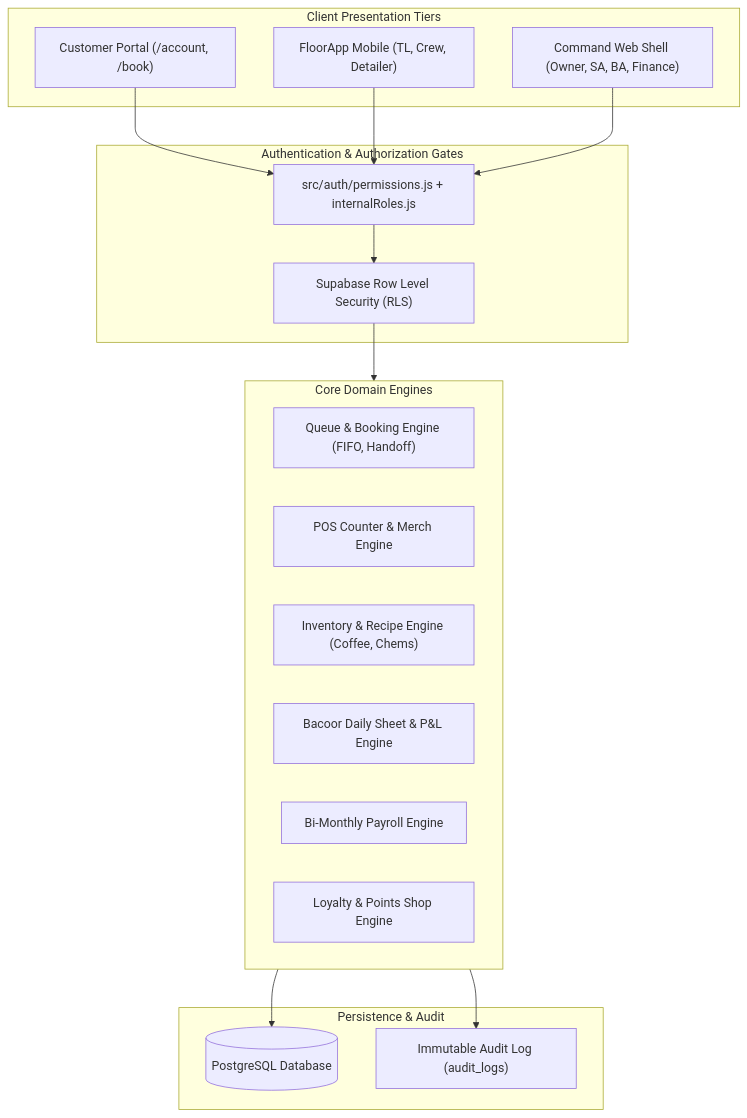
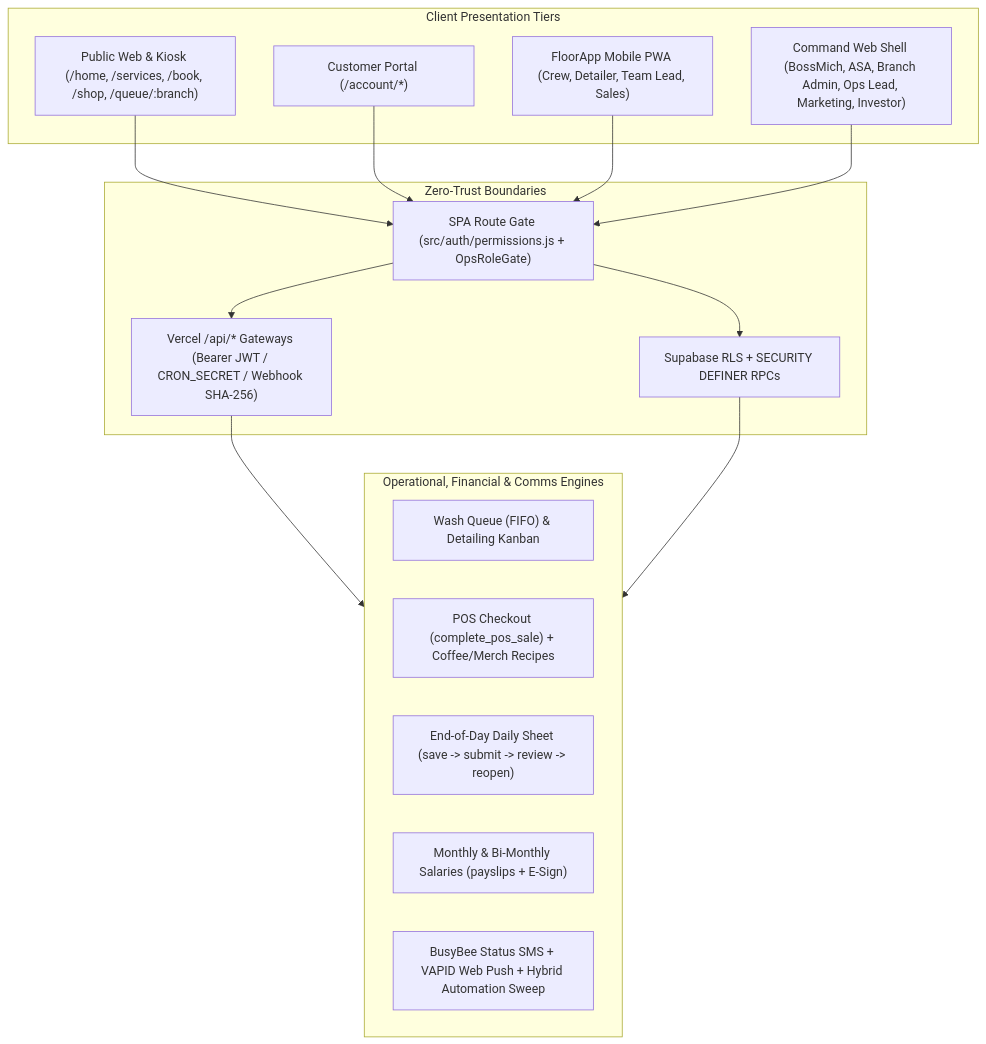
The first of 2 diagrams in docs/HAKUM_MASTER_TEST_PLAN.md (thekirx/AutoDetailingandCarwash), drawn with Mermaid before and after one commit. The commit also changed other lines of this file and 1 other file, not shown here.

Commit message:
docs(qa): upgrade Master System Test Plan to v3.0 with Graphify CRUD, Daily Sheet EOD, and Monthly Payroll checklists

````diff
--- a/docs/HAKUM_MASTER_TEST_PLAN.md
+++ b/docs/HAKUM_MASTER_TEST_PLAN.md
@@ -17,35 +21,27 @@
 ```mermaid
 flowchart TD
     subgraph ClientTiers["Client Presentation Tiers"]
-        CP["Customer Portal (/account, /book)"]
-        FA["FloorApp Mobile (TL, Crew, Detailer)"]
-        CS["Command Web Shell (Owner, SA, BA, Finance)"]
+        PUB["Public Web & Kiosk (/home, /services, /book, /shop, /queue/:branch)"]
+        CP["Customer Portal (/account/*)"]
+        FA["FloorApp Mobile PWA (Crew, Detailer, Team Lead, Sales)"]
+        CS["Command Web Shell (BossMich, ASA, Branch Admin, Ops Lead, Marketing, Investor)"]
     end
 
-    subgraph AuthRLS["Authentication & Authorization Gates"]
-        GATE["src/auth/permissions.js + internalRoles.js"]
-        RLS["Supabase Row Level Security (RLS)"]
+    subgraph SecurityLayer["Zero-Trust Boundaries"]
+        ROUTE["SPA Route Gate (src/auth/permissions.js + OpsRoleGate)"]
+        API["Vercel /api/* Gateways (Bearer JWT / CRON_SECRET / Webhook SHA-256)"]
+        RLS["Supabase RLS + SECURITY DEFINER RPCs"]
     end
 
-    subgraph CoreEngines["Core Domain Engines"]
-        Q_ENG["Queue & Booking Engine (FIFO, Handoff)"]
-        POS_ENG["POS Counter & Merch Engine"]
-        INV_ENG["Inventory & Recipe Engine (Coffee, Chems)"]
-        FIN_ENG["Bacoor Daily Sheet & P&L Engine"]
-        PAY_ENG["Bi-Monthly Payroll Engine"]
-        LOY_ENG["Loyalty & Points Shop Engine"]
+    subgraph CoreModules["Operational, Financial & Comms Engines"]
+        Q_ENG["Wash Queue (FIFO) & Detailing Kanban"]
+        POS_ENG["POS Checkout (complete_pos_sale) + Coffee/Merch Recipes"]
+        EOD_ENG["End-of-Day Daily Sheet (save -> submit -> review -> reopen)"]
+        PAY_ENG["Monthly & Bi-Monthly Salaries (payslips + E-Sign)"]
+        AUTO_ENG["BusyBee Status SMS + VAPID Web Push + Hybrid Automation Sweep"]
     end
 
-    subgraph DataStore["Persistence & Audit"]
-        DB[("PostgreSQL Database")]
-        AUDIT["Immutable Audit Log (audit_logs)"]
-    end
-
-    CP --> GATE
-    FA --> GATE
-    CS --> GATE
-    GATE --> RLS
-    RLS --> CoreEngines
-    CoreEngines --> DB
-    CoreEngines --> AUDIT
+    PUB & CP & FA & CS --> ROUTE
+    ROUTE --> API & RLS
+    API & RLS --> CoreModules
 ```
````
